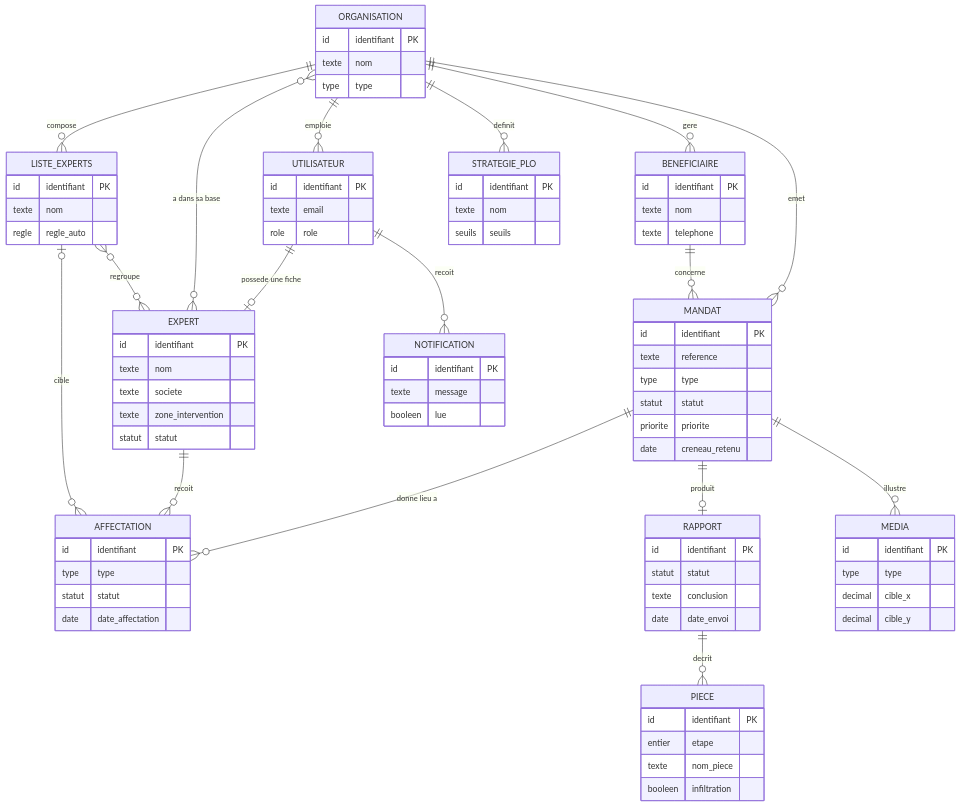
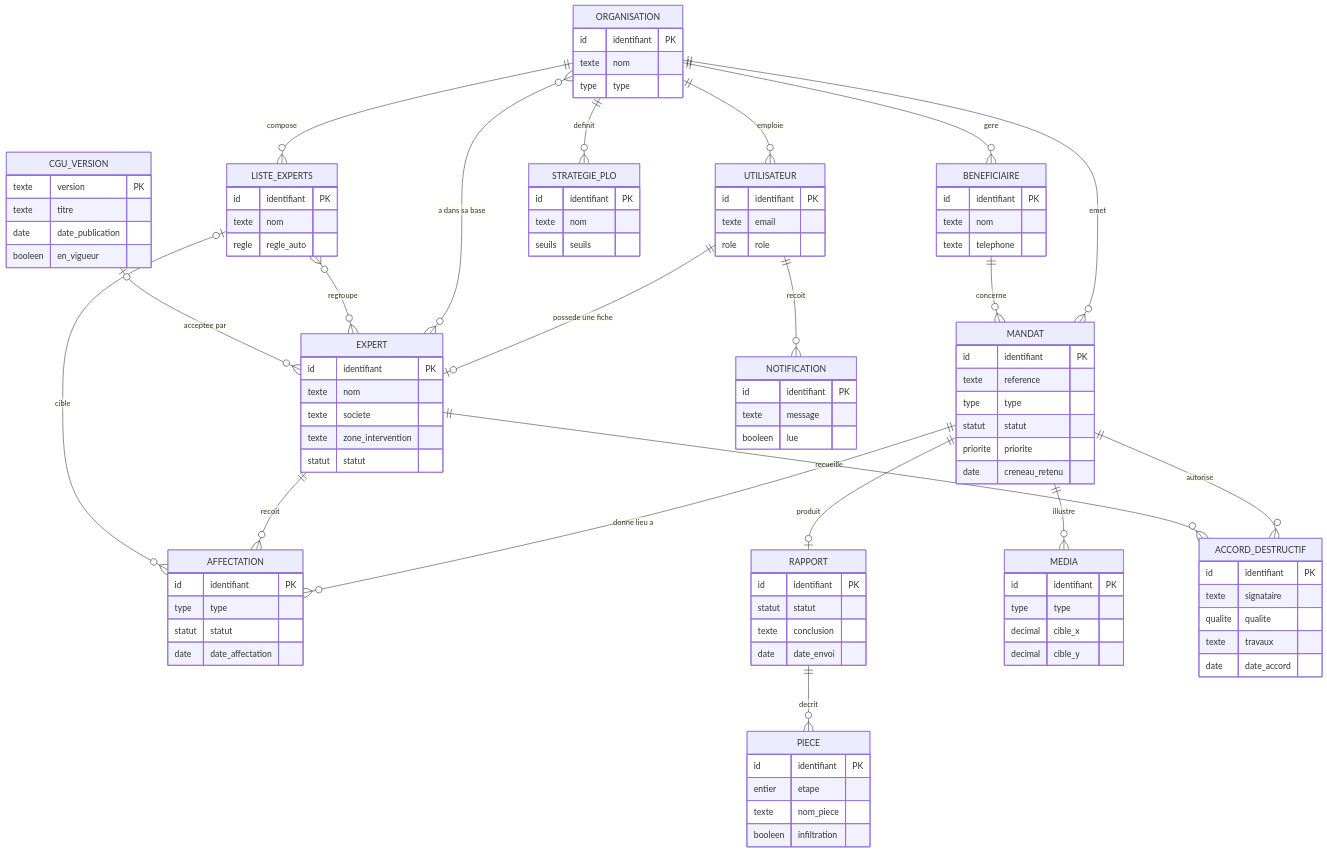
Before and after one commit to topacabana/plomi: the diagram in docs/diagrammes/04_mcd.mmd, drawn with Mermaid. The commit also changed 65 other files, not shown here.

```diff
--- a/docs/diagrammes/04_mcd.mmd
+++ b/docs/diagrammes/04_mcd.mmd
@@ -1,86 +1,102 @@
 erDiagram
   ORGANISATION {
     id identifiant PK
     texte nom
     type type
   }
   UTILISATEUR {
     id identifiant PK
     texte email
     role role
   }
   EXPERT {
     id identifiant PK
     texte nom
     texte societe
     texte zone_intervention
     statut statut
   }
   BENEFICIAIRE {
     id identifiant PK
     texte nom
     texte telephone
   }
   MANDAT {
     id identifiant PK
     texte reference
     type type
     statut statut
     priorite priorite
     date creneau_retenu
   }
   AFFECTATION {
     id identifiant PK
     type type
     statut statut
     date date_affectation
   }
   LISTE_EXPERTS {
     id identifiant PK
     texte nom
     regle regle_auto
   }
   RAPPORT {
     id identifiant PK
     statut statut
     texte conclusion
     date date_envoi
   }
   PIECE {
     id identifiant PK
     entier etape
     texte nom_piece
     booleen infiltration
   }
   MEDIA {
     id identifiant PK
     type type
     decimal cible_x
     decimal cible_y
   }
   NOTIFICATION {
     id identifiant PK
     texte message
     booleen lue
   }
   STRATEGIE_PLO {
     id identifiant PK
     texte nom
     seuils seuils
   }
+  CGU_VERSION {
+    texte version PK
+    texte titre
+    date date_publication
+    booleen en_vigueur
+  }
+  ACCORD_DESTRUCTIF {
+    id identifiant PK
+    texte signataire
+    qualite qualite
+    texte travaux
+    date date_accord
+  }
   ORGANISATION ||--o{ UTILISATEUR : "emploie"
   UTILISATEUR ||--o| EXPERT : "possede une fiche"
   ORGANISATION }o--o{ EXPERT : "a dans sa base"
   ORGANISATION ||--o{ BENEFICIAIRE : "gere"
   ORGANISATION ||--o{ MANDAT : "emet"
   BENEFICIAIRE ||--o{ MANDAT : "concerne"
   MANDAT ||--o{ AFFECTATION : "donne lieu a"
   EXPERT ||--o{ AFFECTATION : "recoit"
   LISTE_EXPERTS |o--o{ AFFECTATION : "cible"
   ORGANISATION ||--o{ LISTE_EXPERTS : "compose"
   LISTE_EXPERTS }o--o{ EXPERT : "regroupe"
   MANDAT ||--o| RAPPORT : "produit"
   RAPPORT ||--o{ PIECE : "decrit"
   MANDAT ||--o{ MEDIA : "illustre"
   UTILISATEUR ||--o{ NOTIFICATION : "recoit"
   ORGANISATION ||--o{ STRATEGIE_PLO : "definit"
+  CGU_VERSION |o--o{ EXPERT : "acceptee par"
+  MANDAT ||--o{ ACCORD_DESTRUCTIF : "autorise"
+  EXPERT ||--o{ ACCORD_DESTRUCTIF : "recueille"
```
